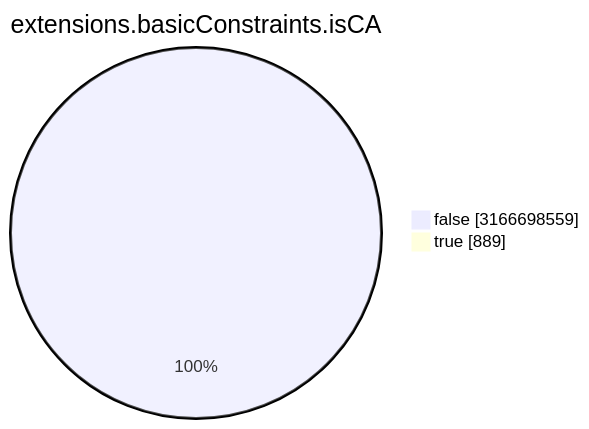
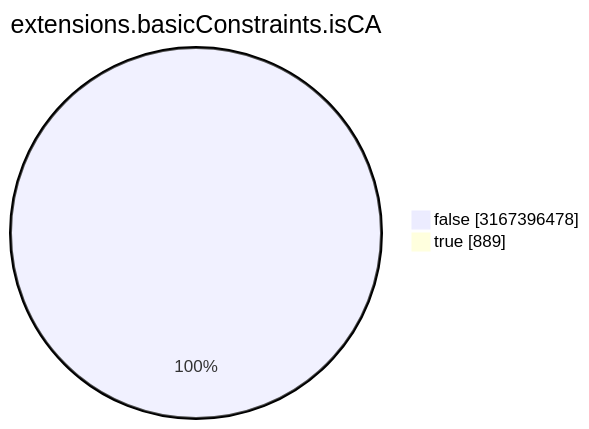
Before and after one commit to christiankrug/ctmonitor_visualization: the seventh of 15 diagrams in TOTAL/README.md, drawn with Mermaid. The commit also changed other lines of this file, not shown here.

````diff
--- a/TOTAL/README.md
+++ b/TOTAL/README.md
@@ -3088,6 +3088,6 @@
 ```mermaid
 pie showData
 title extensions.basicConstraints.isCA
-"false" :3166698559
+"false" :3167396478
 "true" :889
 ```
````
